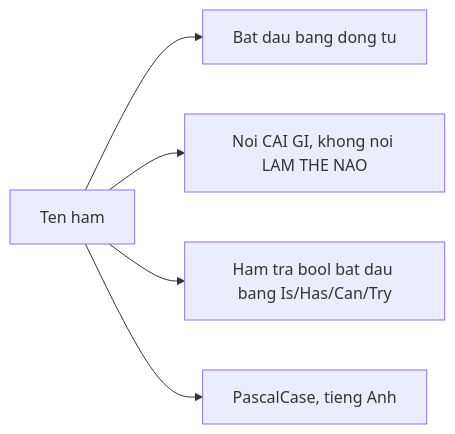
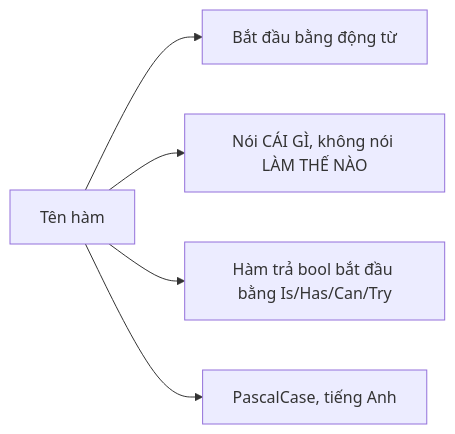
The diagram in docs/09-dotnet-backend-zero-to-senior/stage-01-foundation/module-01-programming-logic/1.4-functions-methods.mdx (TienNHM/tiennhm.github.io), drawn with Mermaid before and after one commit. The commit also changed 8 other files, not shown here.

First line of the commit message:
docs(dotnet): viết có dấu nhãn mermaid và chú thích ở Module 1

````diff
--- a/docs/09-dotnet-backend-zero-to-senior/stage-01-foundation/module-01-programming-logic/1.4-functions-methods.mdx
+++ b/docs/09-dotnet-backend-zero-to-senior/stage-01-foundation/module-01-programming-logic/1.4-functions-methods.mdx
@@ -214,7 +214,7 @@
 ```mermaid
 flowchart LR
-    A[Ten ham] --> B[Bat dau bang dong tu]
-    A --> C[Noi CAI GI, khong noi LAM THE NAO]
-    A --> D[Ham tra bool bat dau bang Is/Has/Can/Try]
-    A --> E[PascalCase, tieng Anh]
+    A[Tên hàm] --> B[Bắt đầu bằng động từ]
+    A --> C[Nói CÁI GÌ, không nói LÀM THẾ NÀO]
+    A --> D[Hàm trả bool bắt đầu bằng Is/Has/Can/Try]
+    A --> E[PascalCase, tiếng Anh]
 ```
````
